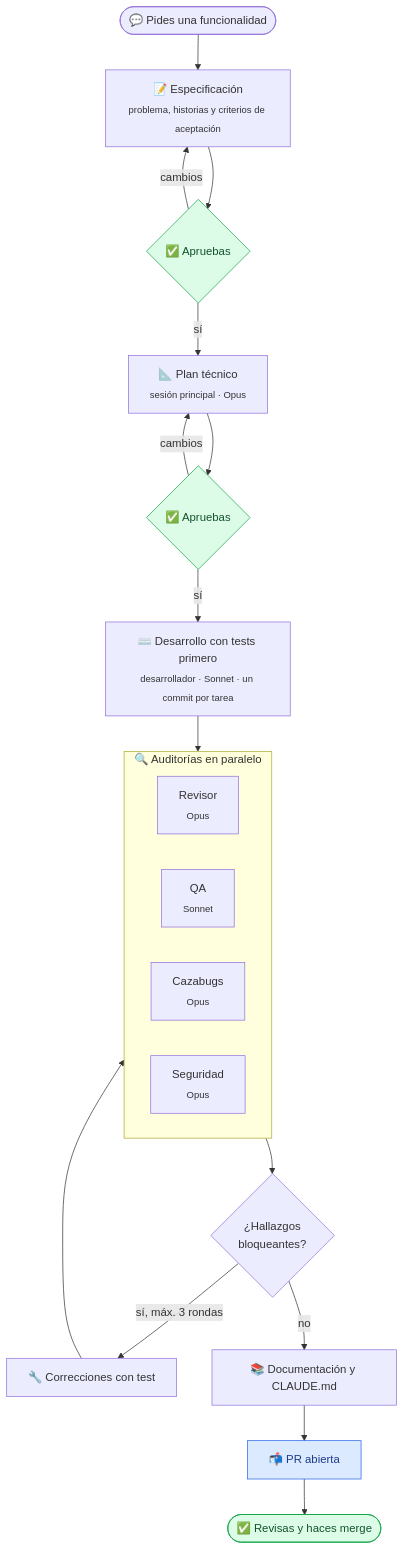
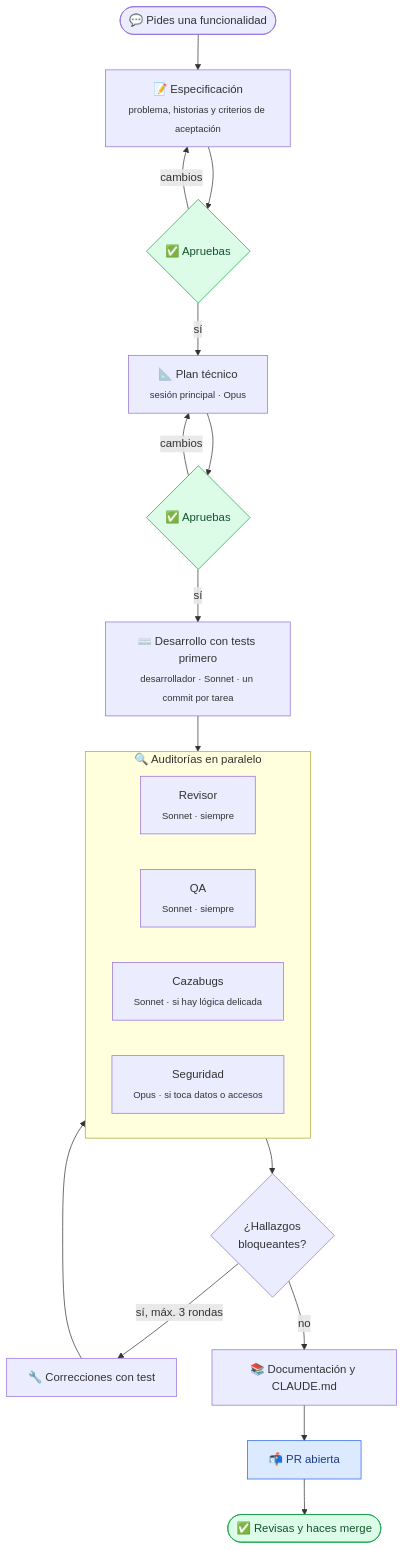
One commit to davidgarcia11/taller-dev changed the diagram in README.md. Above: the diagram before and after it, drawn with Mermaid. The commit also changed other lines of this file and 9 other files, not shown here.

Commit message:
feat(equipo): auditorías según el riesgo y revisor y cazabugs en Sonnet (v1.6.0)

````diff
--- a/README.md
+++ b/README.md
@@ -65,31 +65,31 @@
 ```mermaid
 flowchart TD
     A([💬 Pides una funcionalidad]) --> B[📝 Especificación<br/><sub>problema, historias y criterios de aceptación</sub>]
     B --> C{✅ Apruebas}
     C -->|cambios| B
     C -->|sí| D[📐 Plan técnico<br/><sub>sesión principal · Opus</sub>]
     D --> E{✅ Apruebas}
     E -->|cambios| D
     E -->|sí| F[⌨️ Desarrollo con tests primero<br/><sub>desarrollador · Sonnet · un commit por tarea</sub>]
     F --> G
 
     subgraph G [🔍 Auditorías en paralelo]
         direction LR
-        G1[Revisor<br/><sub>Opus</sub>]
-        G2[QA<br/><sub>Sonnet</sub>]
-        G3[Cazabugs<br/><sub>Opus</sub>]
-        G4[Seguridad<br/><sub>Opus</sub>]
+        G1[Revisor<br/><sub>Sonnet · siempre</sub>]
+        G2[QA<br/><sub>Sonnet · siempre</sub>]
+        G3[Cazabugs<br/><sub>Sonnet · si hay lógica delicada</sub>]
+        G4[Seguridad<br/><sub>Opus · si toca datos o accesos</sub>]
     end
 
     G --> H{¿Hallazgos<br/>bloqueantes?}
     H -->|sí, máx. 3 rondas| I[🔧 Correcciones con test]
     I --> G
     H -->|no| J[📚 Documentación y CLAUDE.md]
     J --> K[📬 PR abierta]
     K --> L([✅ Revisas y haces merge])
 
     classDef tu fill:#dcfce7,stroke:#16a34a,color:#14532d
     classDef final fill:#dbeafe,stroke:#2563eb,color:#1e3a8a
     class C,E,L tu
     class K final
 ```
````
